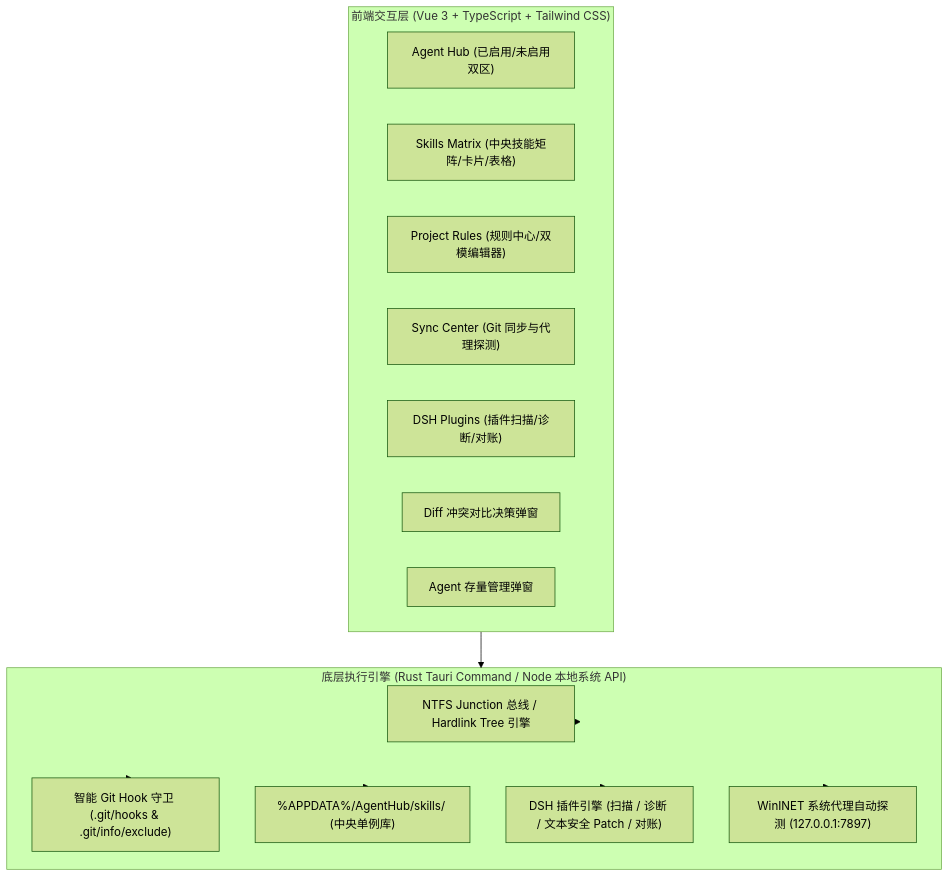
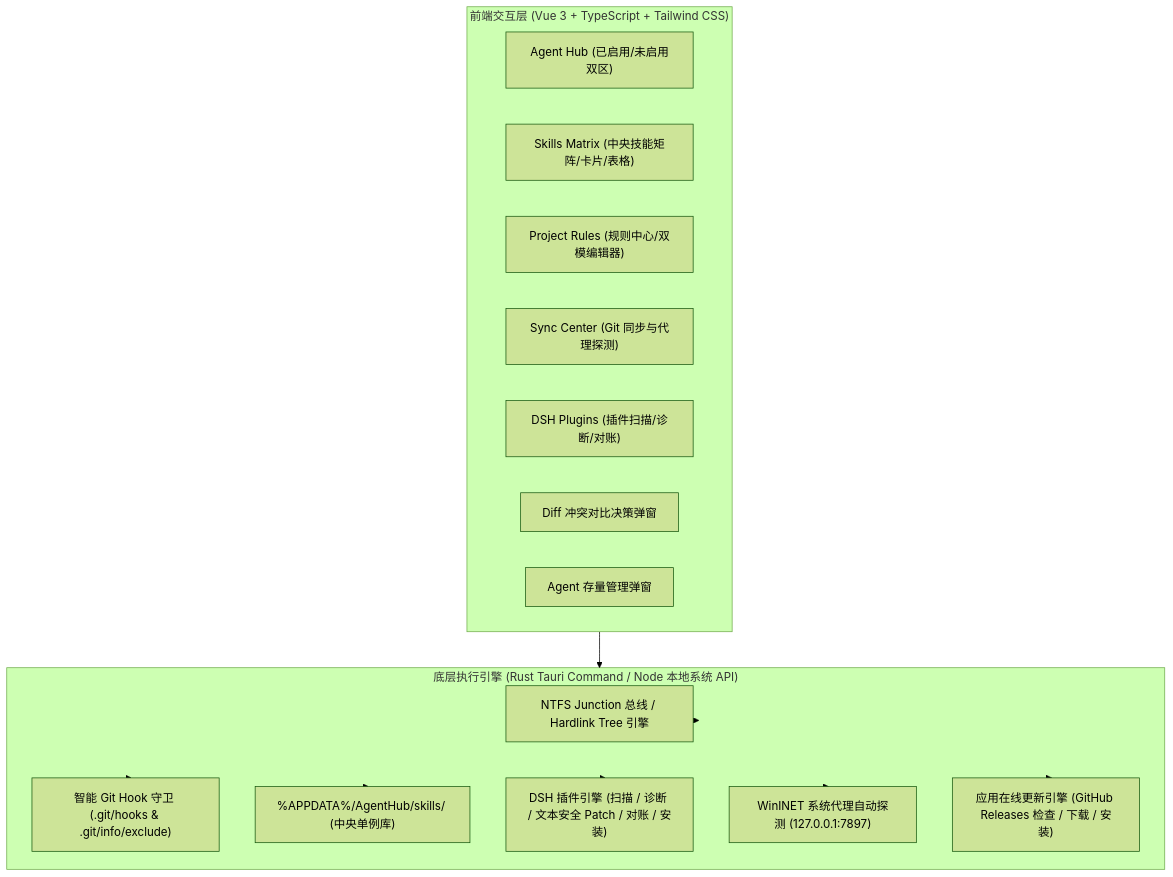
The first of 2 diagrams in README.md (Nomit8088/AGENT_CONFIG_MANAGE), drawn with Mermaid (forest theme) before and after one commit. The commit also changed other lines of this file and 1 other file, not shown here.

````diff
--- a/README.md
+++ b/README.md
@@ -78,27 +78,29 @@
 ```mermaid
 flowchart TD
     subgraph UI["前端交互层 (Vue 3 + TypeScript + Tailwind CSS)"]
         Tab1["Agent Hub (已启用/未启用双区)"]
         Tab2["Skills Matrix (中央技能矩阵/卡片/表格)"]
         Tab3["Project Rules (规则中心/双模编辑器)"]
         Tab4["Sync Center (Git 同步与代理探测)"]
         Tab5["DSH Plugins (插件扫描/诊断/对账)"]
         ModalDiff["Diff 冲突对比决策弹窗"]
         ModalDetail["Agent 存量管理弹窗"]
     end
 
     subgraph CoreEngine["底层执行引擎 (Rust Tauri Command / Node 本地系统 API)"]
         JunctionBus["NTFS Junction 总线 / Hardlink Tree 引擎"]
         GitGuard["智能 Git Hook 守卫 (.git/hooks & .git/info/exclude)"]
         CentralRepo["%APPDATA%/AgentHub/skills/ (中央单例库)"]
-        DshManager["DSH 插件引擎 (扫描 / 诊断 / 文本安全 Patch / 对账)"]
+        DshManager["DSH 插件引擎 (扫描 / 诊断 / 文本安全 Patch / 对账 / 安装)"]
         ProxyDetector["WinINET 系统代理自动探测 (127.0.0.1:7897)"]
+        AppUpdater["应用在线更新引擎 (GitHub Releases 检查 / 下载 / 安装)"]
     end
 
     UI --> CoreEngine
     CoreEngine --> JunctionBus
     CoreEngine --> GitGuard
     CoreEngine --> CentralRepo
     CoreEngine --> DshManager
     CoreEngine --> ProxyDetector
+    CoreEngine --> AppUpdater
 ```
````
